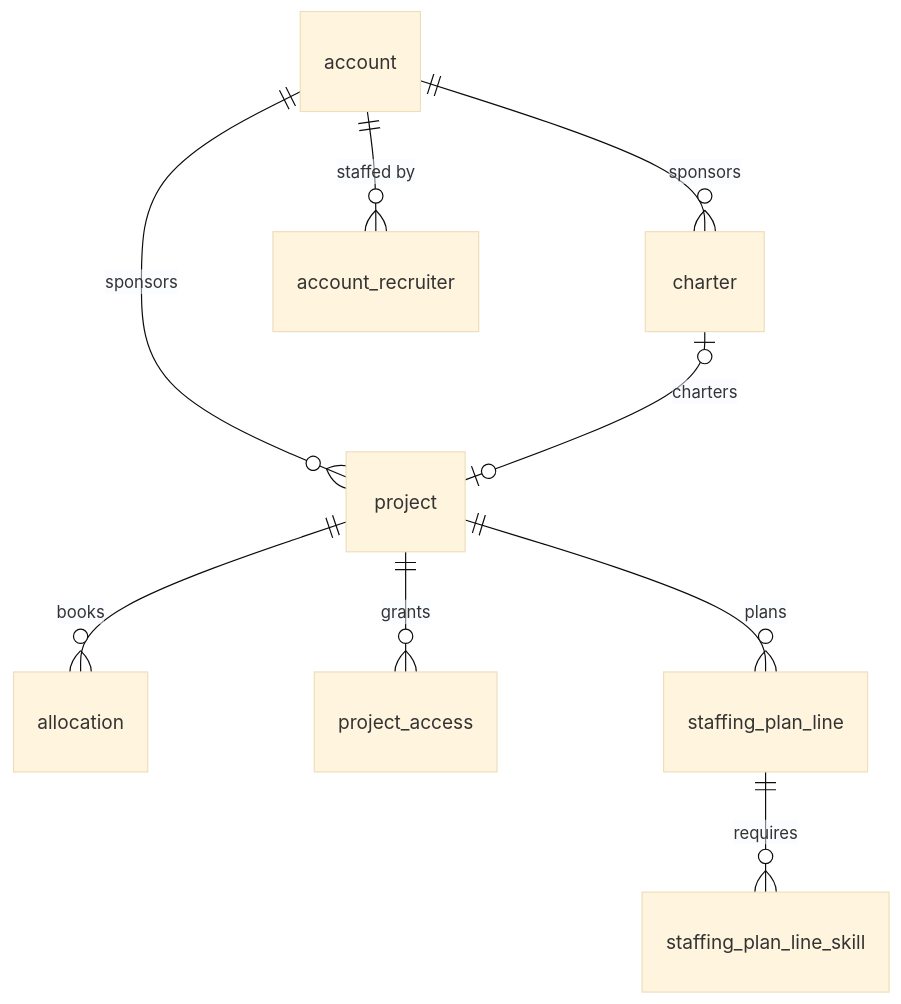
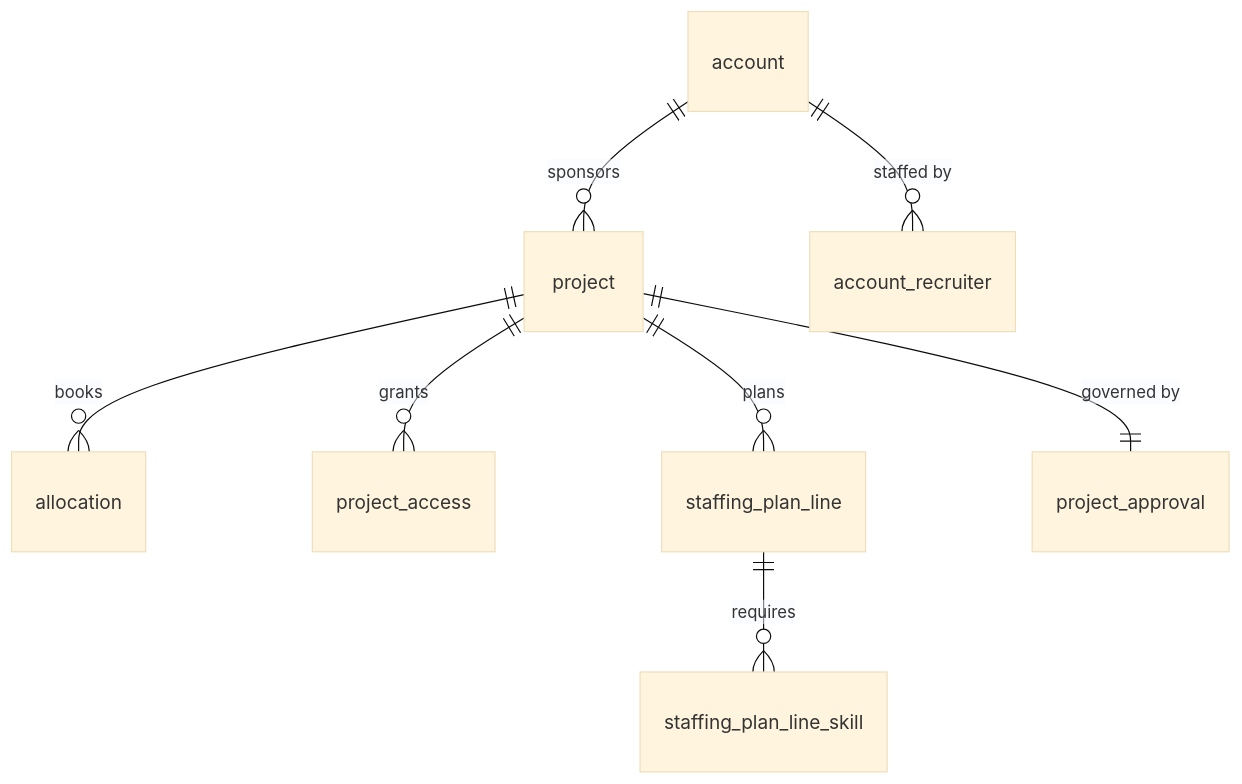
The third of 5 diagrams in docs/reference/db-design.md (Seta-International/agent-platform), drawn with Mermaid (base theme) before and after one commit. The commit also changed other lines of this file and 1 other file, not shown here.

````diff
--- a/docs/reference/db-design.md
+++ b/docs/reference/db-design.md
@@ -284,11 +285,10 @@
 ```mermaid
 erDiagram
     account ||--o{ project : "sponsors"
-    account ||--o{ charter : "sponsors"
     account ||--o{ account_recruiter : "staffed by"
     project ||--o{ allocation : "books"
     project ||--o{ project_access : "grants"
     project ||--o{ staffing_plan_line : "plans"
+    project ||--|| project_approval : "governed by"
     staffing_plan_line ||--o{ staffing_plan_line_skill : "requires"
-    charter |o--o| project : "charters"
 ```
````
